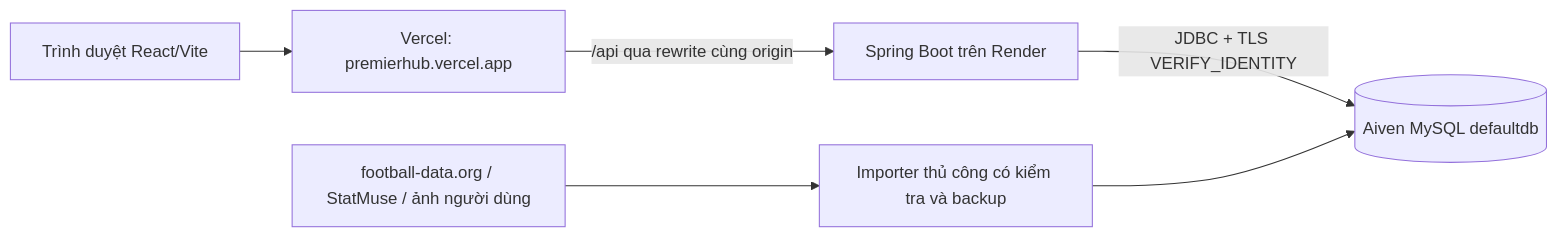
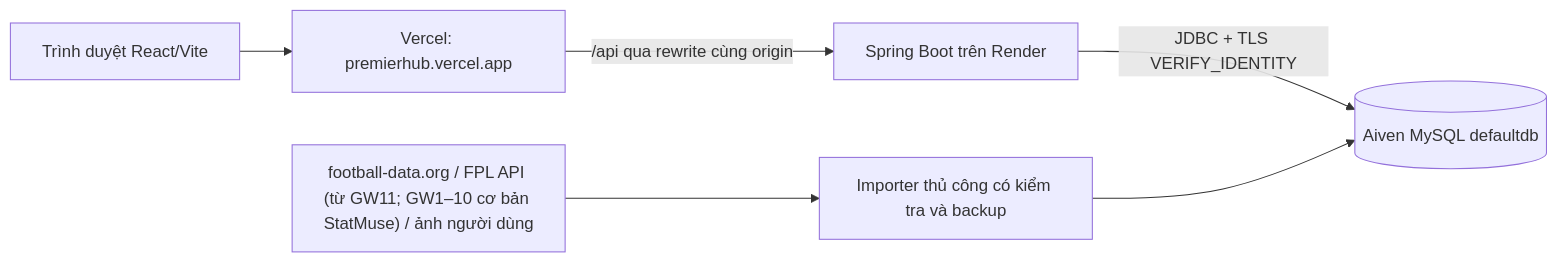
The diagram in PROJECT_CONTEXT.md (cuongdola7d-afk/EPL---PERSONAL), drawn with Mermaid before and after one commit. The commit also changed other lines of this file and 14 other files, not shown here.

Commit message:
docs: update data collection workflow for FPL from GW11, remove Railway rollback

````diff
--- a/PROJECT_CONTEXT.md
+++ b/PROJECT_CONTEXT.md
@@ -86,8 +86,8 @@
 ```mermaid
 flowchart LR
     U[Trình duyệt React/Vite] --> V[Vercel: premierhub.vercel.app]
     V -->|/api qua rewrite cùng origin| B[Spring Boot trên Render]
     B -->|JDBC + TLS VERIFY_IDENTITY| D[(Aiven MySQL defaultdb)]
-    S[football-data.org / StatMuse / ảnh người dùng] --> I[Importer thủ công có kiểm tra và backup]
+    S["football-data.org / FPL API (từ GW11; GW1–10 cơ bản StatMuse) / ảnh người dùng"] --> I[Importer thủ công có kiểm tra và backup]
     I --> D
 ```
````
